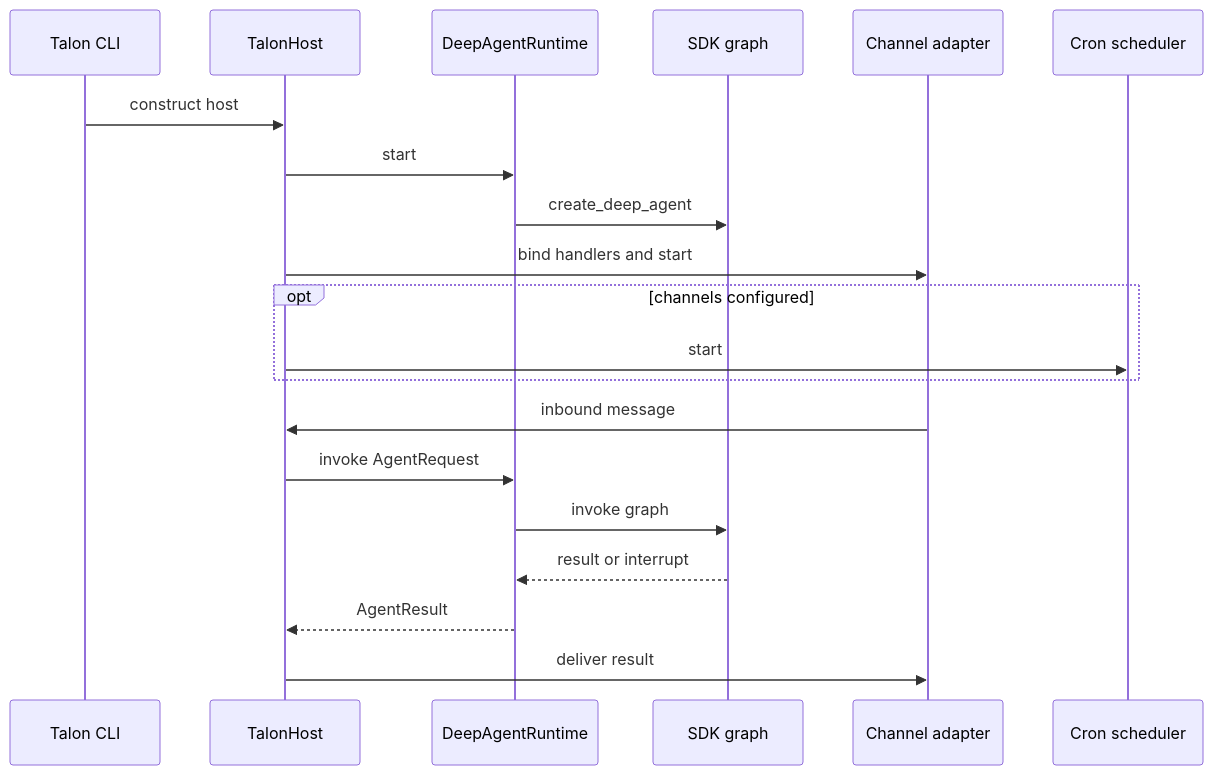
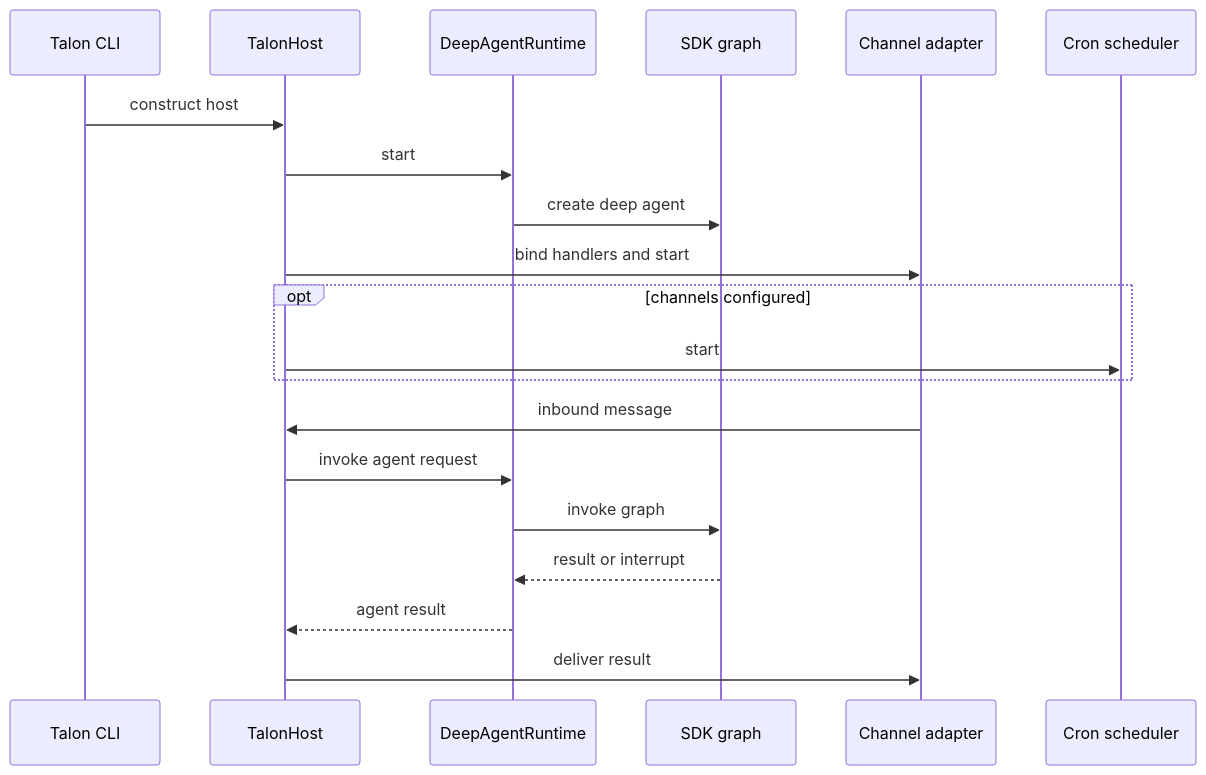
The second of 2 diagrams in openwiki/architecture/overview.md (langchain-ai/deepagents), drawn with Mermaid before and after one commit. The commit also changed other lines of this file and 39 other files, not shown here.

````diff
--- a/openwiki/architecture/overview.md
+++ b/openwiki/architecture/overview.md
@@ -117,22 +123,22 @@
 ```mermaid
 sequenceDiagram
-  participant CLI as Talon CLI
+  participant Cli as Talon CLI
   participant Host as TalonHost
   participant Runtime as DeepAgentRuntime
   participant Graph as SDK graph
   participant Channel as Channel adapter
   participant Scheduler as Cron scheduler
-  CLI->>Host: construct host
+  Cli->>Host: construct host
   Host->>Runtime: start
-  Runtime->>Graph: create_deep_agent
+  Runtime->>Graph: create deep agent
   Host->>Channel: bind handlers and start
   opt channels configured
     Host->>Scheduler: start
   end
   Channel->>Host: inbound message
-  Host->>Runtime: invoke AgentRequest
+  Host->>Runtime: invoke agent request
   Runtime->>Graph: invoke graph
   Graph-->>Runtime: result or interrupt
-  Runtime-->>Host: AgentResult
+  Runtime-->>Host: agent result
   Host->>Channel: deliver result
 ```
````
